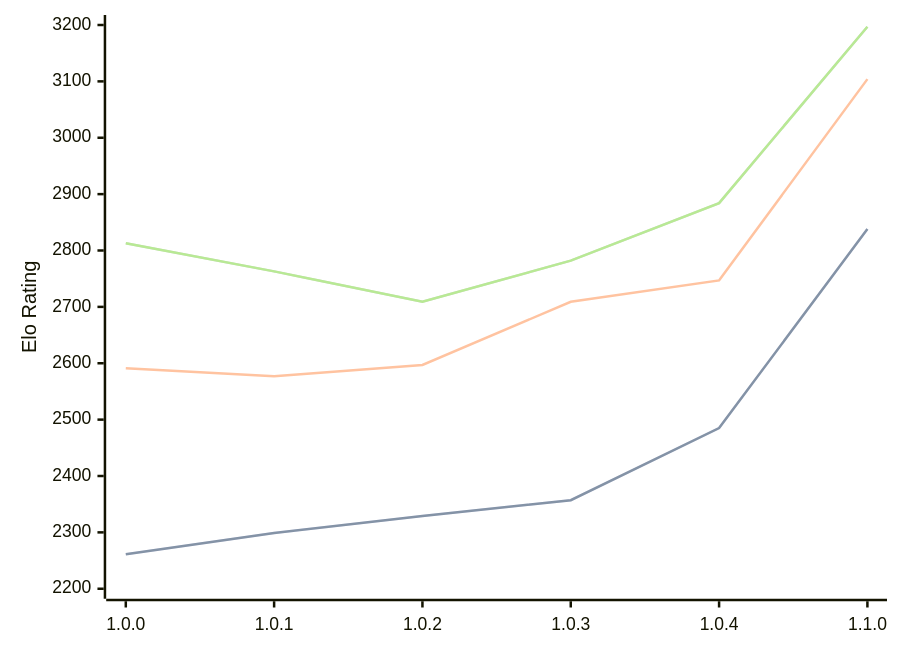
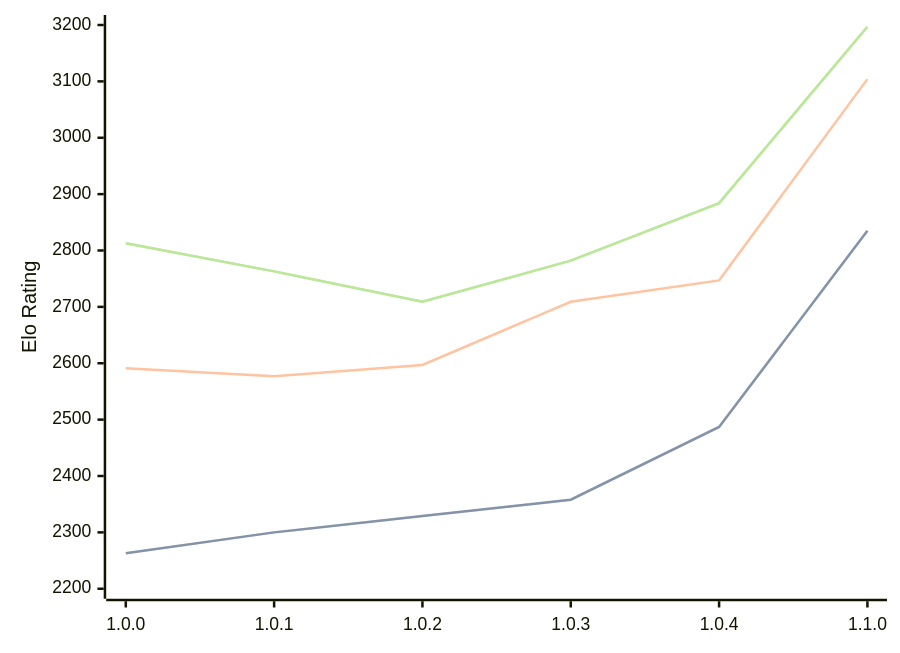
Before and after one commit to computer-chess-index/cci: the diagram in engines/Grail.md, drawn with Mermaid. The commit also changed other lines of this file, not shown here.

````diff
--- a/engines/Grail.md
+++ b/engines/Grail.md
@@ -36,11 +36,11 @@
 ```mermaid
 %%{init: {"theme":"base","themeVariables":{"seriesColors:['#a3a3a3','#222221','#faa371']}}}%%
 xychart-beta
   x-axis ["1.0.0", "1.0.1", "1.0.2", "1.0.3", "1.0.4", "1.1.0"]
   y-axis "Elo Rating" 2200 --> 3200
-  line "STC (8.0+0.08s)" [2261, 2299, 2329, 2357, 2485, 2838]
-  line "STC (8.0+0.08s)" [2261, 2299, 2329, 2357, 2485, 2838]
+  line "STC (8.0+0.08s)" [2263, 2300, 2329, 2358, 2487, 2835]
+  line "STC (8.0+0.08s)" [2263, 2300, 2329, 2358, 2487, 2835]
   line "LTC (60.0+0.60s)" [2591, 2577, 2597, 2709, 2747, 3104]
   line "VLTC (2m24s+1.12s)" [2813, 2763, 2709, 2782, 2884, 3197]
   line "VLTC (2m24s+1.12s)" [2813, 2763, 2709, 2782, 2884, 3197]
 ```
````
